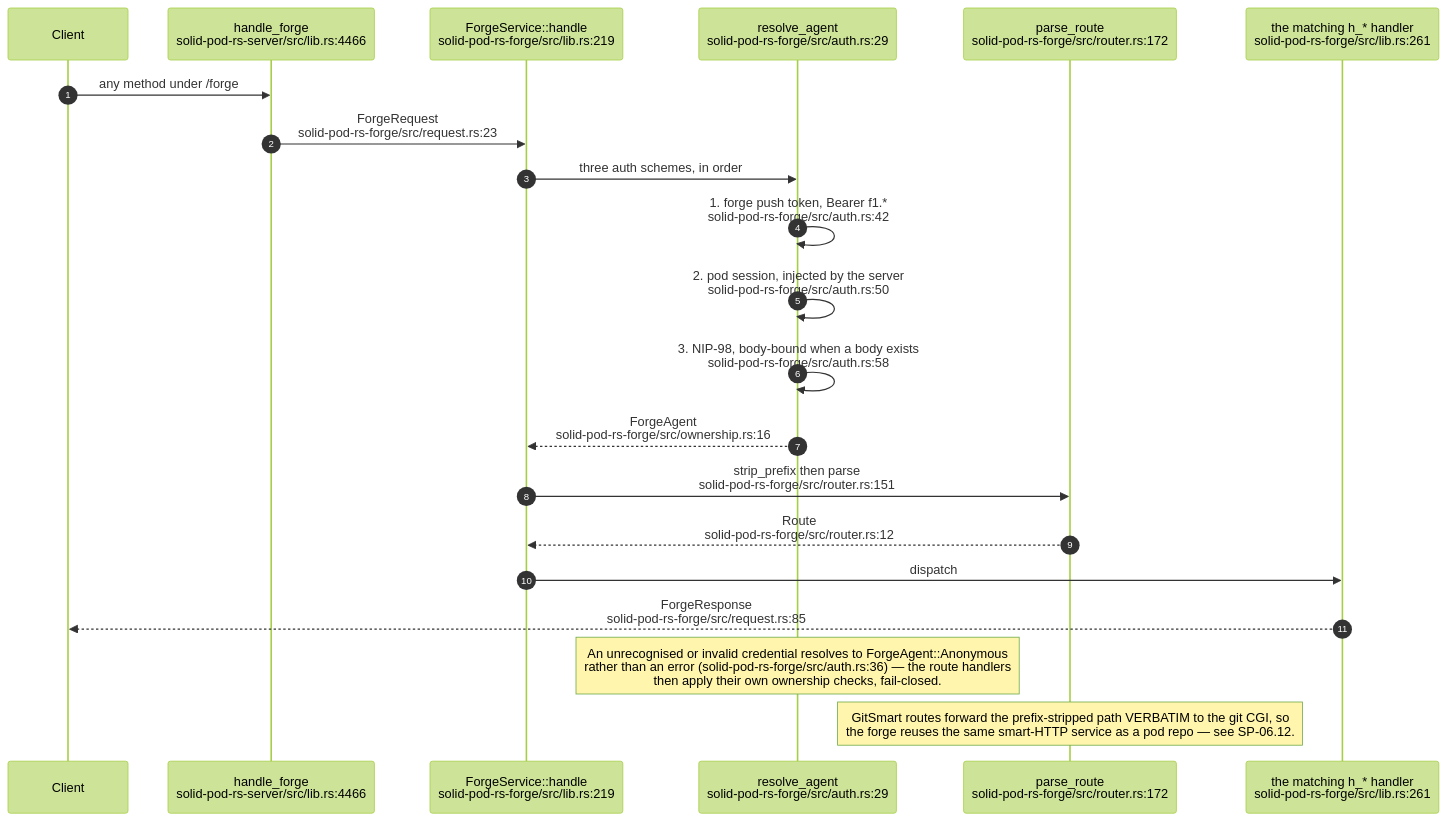
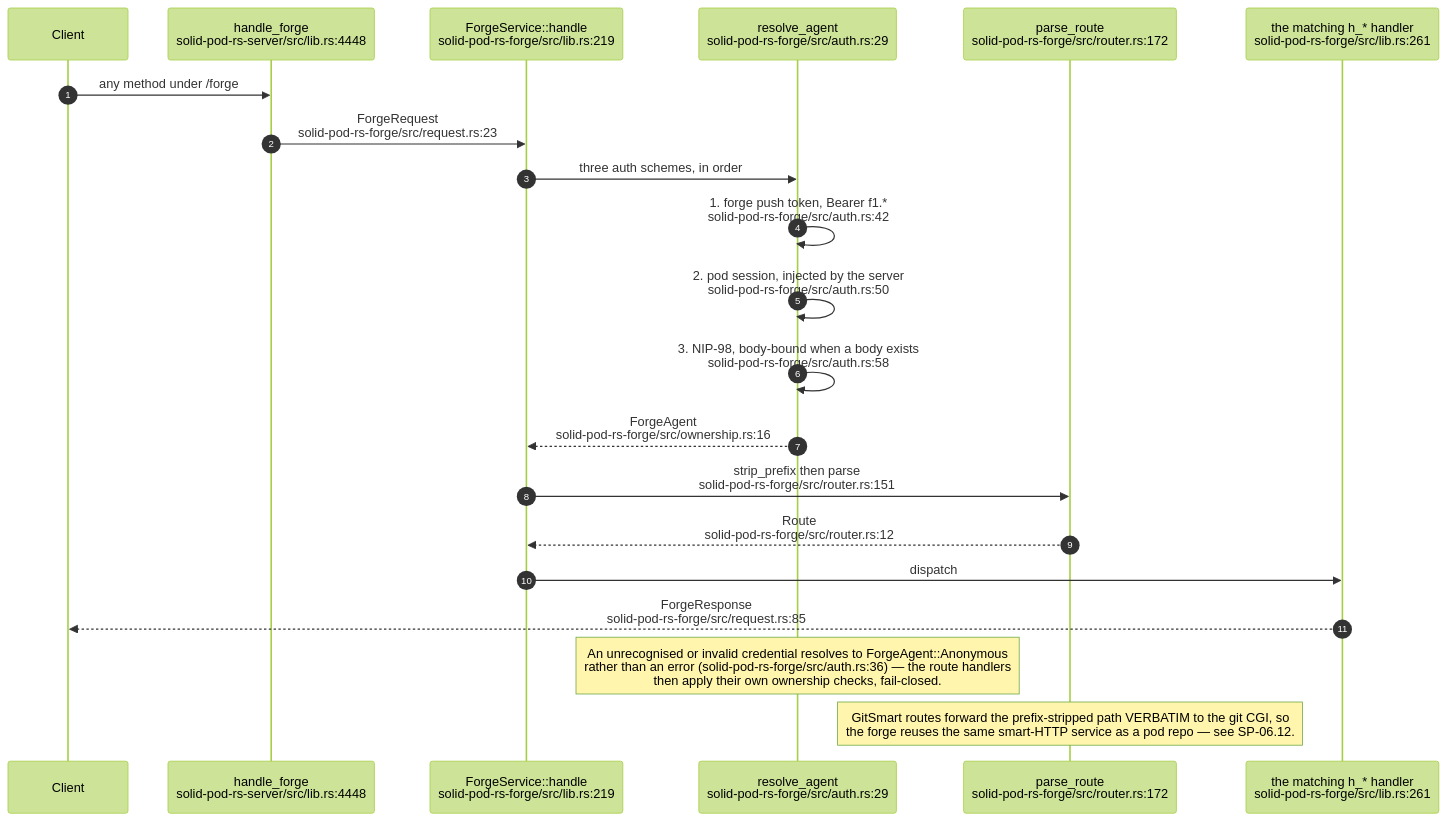
Before and after one commit to DreamLab-AI/VisionFlow: the ninth of 16 diagrams in docs/diagrams/solid-pod-rs/08-federation-notifications-forge-mcp.md, drawn with Mermaid (forest theme). The commit also changed other lines of this file and 111 other files, not shown here.

Commit message:
docs(diagrams): align estate maps with current source

````diff
--- a/docs/diagrams/solid-pod-rs/08-federation-notifications-forge-mcp.md
+++ b/docs/diagrams/solid-pod-rs/08-federation-notifications-forge-mcp.md
@@ -277,25 +277,25 @@
 ```mermaid
 sequenceDiagram
     autonumber
     participant C as Client
-    participant SRV as handle_forge<br/>solid-pod-rs-server/src/lib.rs:4466
+    participant SRV as handle_forge<br/>solid-pod-rs-server/src/lib.rs:4448
     participant F as ForgeService::handle<br/>solid-pod-rs-forge/src/lib.rs:219
     participant A as resolve_agent<br/>solid-pod-rs-forge/src/auth.rs:29
     participant R as parse_route<br/>solid-pod-rs-forge/src/router.rs:172
     participant H as the matching h_* handler<br/>solid-pod-rs-forge/src/lib.rs:261
 
     C->>SRV: any method under /forge
     SRV->>F: ForgeRequest<br/>solid-pod-rs-forge/src/request.rs:23
     F->>A: three auth schemes, in order
     A->>A: 1. forge push token, Bearer f1.*<br/>solid-pod-rs-forge/src/auth.rs:42
     A->>A: 2. pod session, injected by the server<br/>solid-pod-rs-forge/src/auth.rs:50
     A->>A: 3. NIP-98, body-bound when a body exists<br/>solid-pod-rs-forge/src/auth.rs:58
     A-->>F: ForgeAgent<br/>solid-pod-rs-forge/src/ownership.rs:16
     F->>R: strip_prefix then parse<br/>solid-pod-rs-forge/src/router.rs:151
     R-->>F: Route<br/>solid-pod-rs-forge/src/router.rs:12
     F->>H: dispatch
     H-->>C: ForgeResponse<br/>solid-pod-rs-forge/src/request.rs:85
 
     Note over A: An unrecognised or invalid credential resolves to ForgeAgent::Anonymous<br/>rather than an error (solid-pod-rs-forge/src/auth.rs:36) — the route handlers<br/>then apply their own ownership checks, fail-closed.
     Note over R: GitSmart routes forward the prefix-stripped path VERBATIM to the git CGI, so<br/>the forge reuses the same smart-HTTP service as a pod repo — see SP-06.12.
 ```
````
